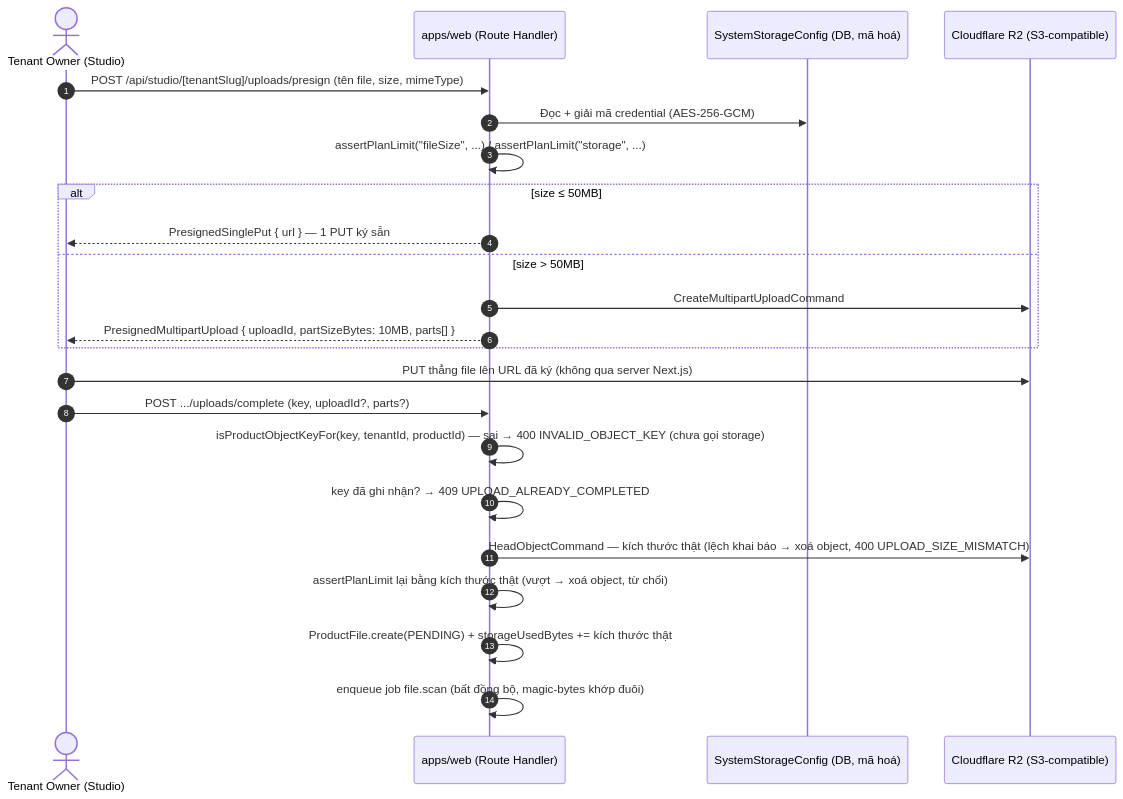
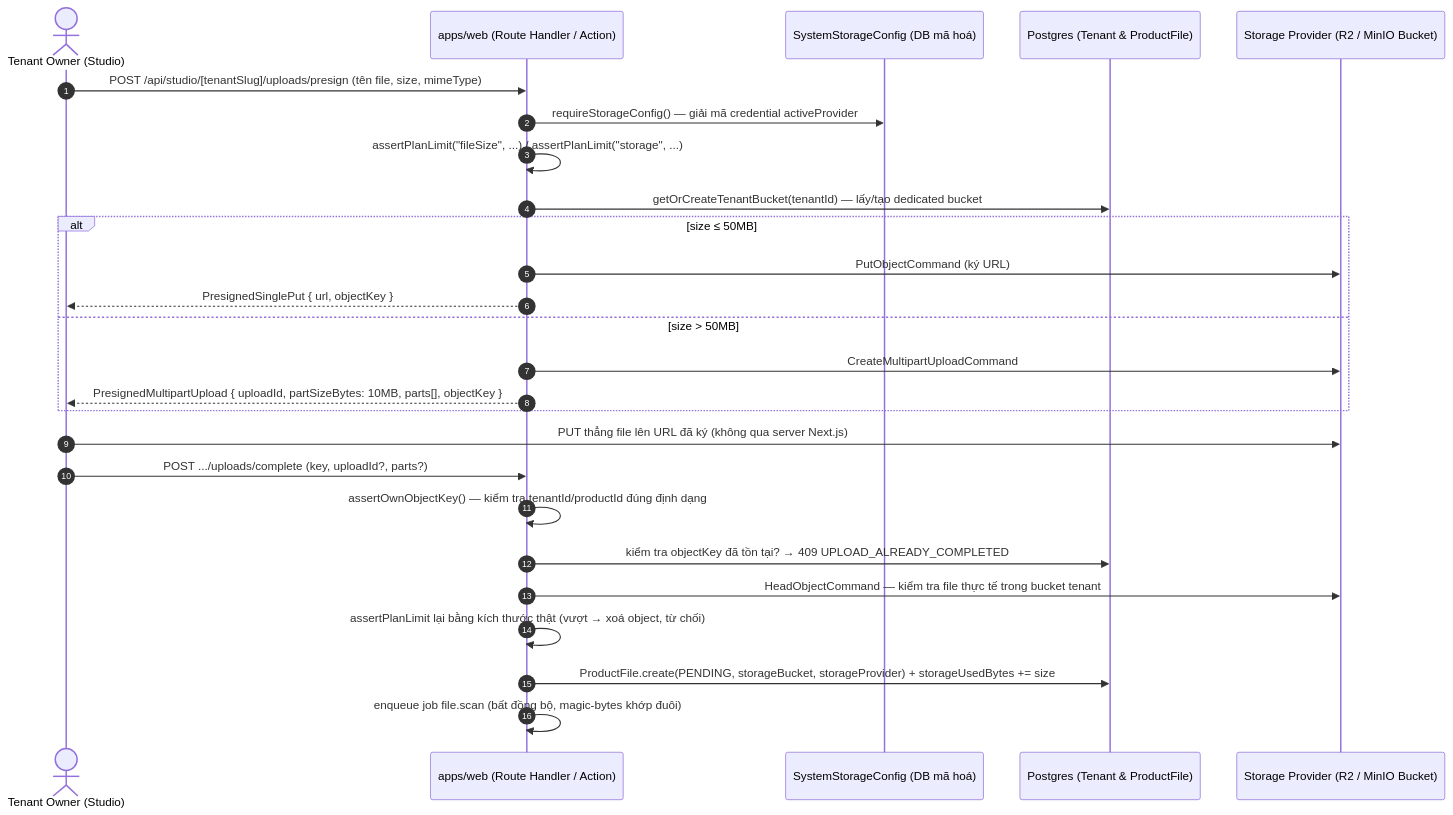
The first of 3 diagrams in obsidian-knowledge-base/02-System-Specs/File-Storage-And-Downloads-Specs.md (vtphong91/gieochu), drawn with Mermaid before and after one commit. The commit also changed other lines of this file and 53 other files, not shown here.

Commit message:
feat: implement tenant storage bucket isolation, storage sync, documentation, and agent charter updates

````diff
--- a/obsidian-knowledge-base/02-System-Specs/File-Storage-And-Downloads-Specs.md
+++ b/obsidian-knowledge-base/02-System-Specs/File-Storage-And-Downloads-Specs.md
@@ -38,26 +40,29 @@
 ```mermaid
 sequenceDiagram
     autonumber
     actor Owner as Tenant Owner (Studio)
-    participant Web as apps/web (Route Handler)
-    participant Cfg as SystemStorageConfig (DB, mã hoá)
-    participant R2 as Cloudflare R2 (S3-compatible)
+    participant Web as apps/web (Route Handler / Action)
+    participant Cfg as SystemStorageConfig (DB mã hoá)
+    participant DB as Postgres (Tenant & ProductFile)
+    participant S3 as Storage Provider (R2 / MinIO Bucket)
 
     Owner->>Web: POST /api/studio/[tenantSlug]/uploads/presign (tên file, size, mimeType)
-    Web->>Cfg: Đọc + giải mã credential (AES-256-GCM)
+    Web->>Cfg: requireStorageConfig() — giải mã credential activeProvider
     Web->>Web: assertPlanLimit("fileSize", ...) / assertPlanLimit("storage", ...)
+    Web->>DB: getOrCreateTenantBucket(tenantId) — lấy/tạo dedicated bucket
     alt size ≤ 50MB
-        Web-->>Owner: PresignedSinglePut { url } — 1 PUT ký sẵn
+        Web->>S3: PutObjectCommand (ký URL)
+        Web-->>Owner: PresignedSinglePut { url, objectKey }
     else size > 50MB
-        Web->>R2: CreateMultipartUploadCommand
-        Web-->>Owner: PresignedMultipartUpload { uploadId, partSizeBytes: 10MB, parts[] }
+        Web->>S3: CreateMultipartUploadCommand
+        Web-->>Owner: PresignedMultipartUpload { uploadId, partSizeBytes: 10MB, parts[], objectKey }
     end
-    Owner->>R2: PUT thẳng file lên URL đã ký (không qua server Next.js)
+    Owner->>S3: PUT thẳng file lên URL đã ký (không qua server Next.js)
     Owner->>Web: POST .../uploads/complete (key, uploadId?, parts?)
-    Web->>Web: isProductObjectKeyFor(key, tenantId, productId) — sai → 400 INVALID_OBJECT_KEY (chưa gọi storage)
-    Web->>Web: key đã ghi nhận? → 409 UPLOAD_ALREADY_COMPLETED
-    Web->>R2: HeadObjectCommand — kích thước thật (lệch khai báo → xoá object, 400 UPLOAD_SIZE_MISMATCH)
+    Web->>Web: assertOwnObjectKey() — kiểm tra tenantId/productId đúng định dạng
+    Web->>DB: kiểm tra objectKey đã tồn tại? → 409 UPLOAD_ALREADY_COMPLETED
+    Web->>S3: HeadObjectCommand — kiểm tra file thực tế trong bucket tenant
     Web->>Web: assertPlanLimit lại bằng kích thước thật (vượt → xoá object, từ chối)
-    Web->>Web: ProductFile.create(PENDING) + storageUsedBytes += kích thước thật
+    Web->>DB: ProductFile.create(PENDING, storageBucket, storageProvider) + storageUsedBytes += size
     Web->>Web: enqueue job file.scan (bất đồng bộ, magic-bytes khớp đuôi)
 ```
````
